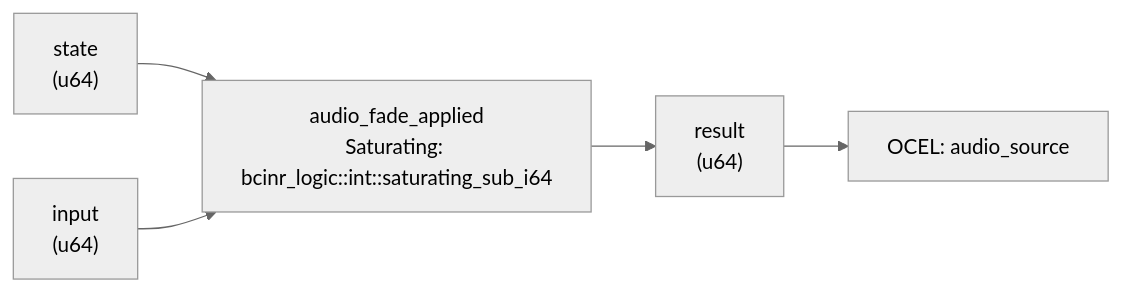
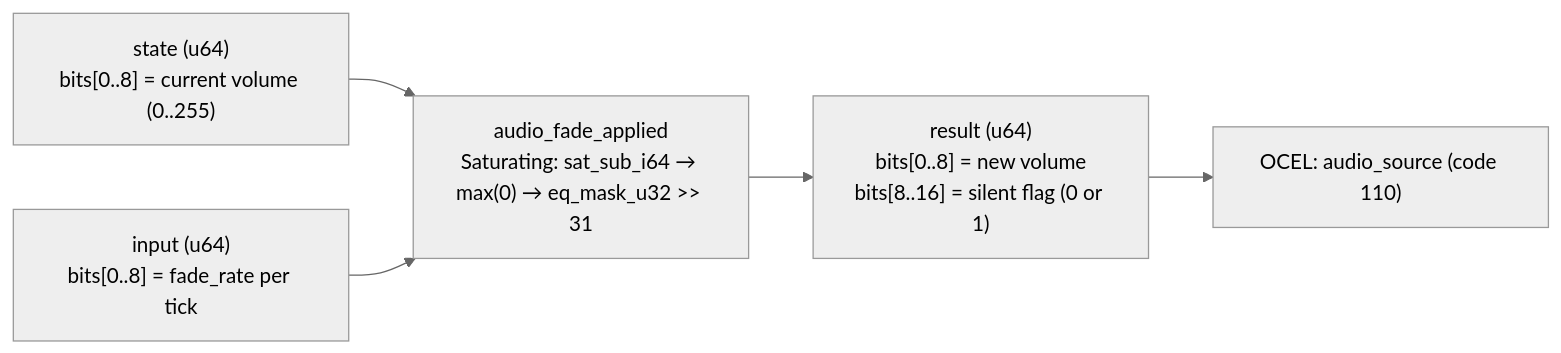
One commit to seanchatmangpt/bcinr changed the diagram in crates/wasm4games/docs/patterns/audio_fade_applied.md. Above: the diagram before and after it, drawn with Mermaid (neutral theme). The commit also changed other lines of this file and 36 other files, not shown here.

````diff
--- a/crates/wasm4games/docs/patterns/audio_fade_applied.md
+++ b/crates/wasm4games/docs/patterns/audio_fade_applied.md
@@ -56,12 +38,12 @@
 ```mermaid
 graph LR
-    state["state\n(u64)"]
-    input["input\n(u64)"]
-    kernel["audio_fade_applied\nSaturating: bcinr_logic::int::saturating_sub_i64"]
-    result["result\n(u64)"]
+    state["state (u64)\nbits[0..8] = current volume (0..255)"]
+    input["input (u64)\nbits[0..8] = fade_rate per tick"]
+    kernel["audio_fade_applied\nSaturating: sat_sub_i64 → max(0) → eq_mask_u32 >> 31"]
+    result["result (u64)\nbits[0..8] = new volume\nbits[8..16] = silent flag (0 or 1)"]
     state --> kernel
     input --> kernel
     kernel --> result
-    ocel_0["OCEL: audio_source"]
+    ocel_0["OCEL: audio_source (code 110)"]
     result --> ocel_0
 ```
````
